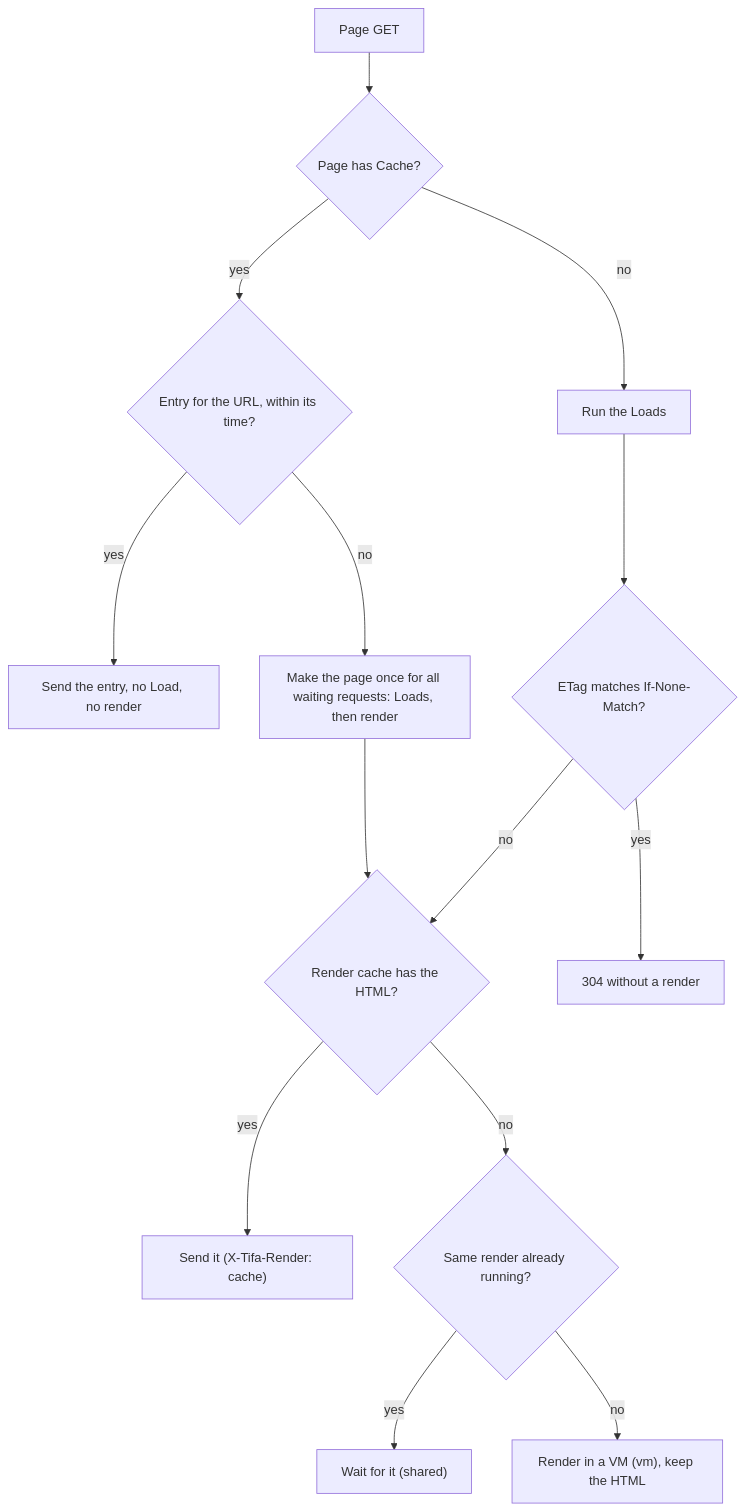
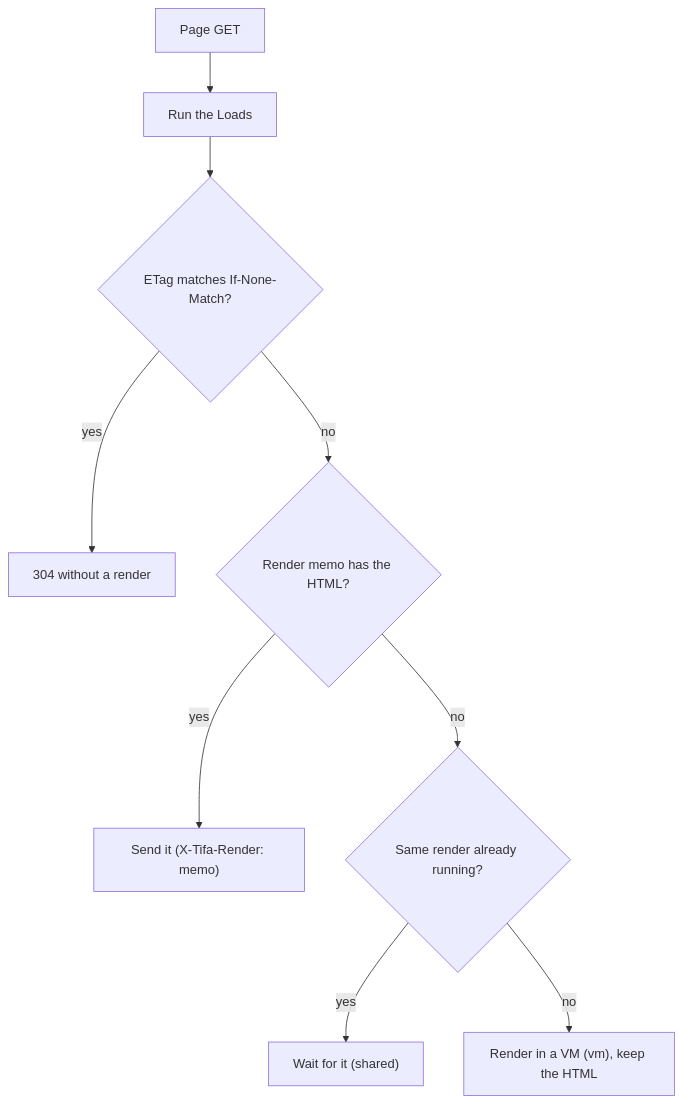
One commit to liustack/tifa changed the eighth of 8 diagrams in docs/architecture.md. Above: the diagram before and after it, drawn with Mermaid. The commit also changed other lines of this file and 41 other files, not shown here.

First line of the commit message:
docs: describe the render memo and Cache for CDNs

````diff
--- a/docs/architecture.md
+++ b/docs/architecture.md
@@ -198,16 +196,11 @@
 ```mermaid
 flowchart TD
-  Q["Page GET"] --> A{"Page has Cache?"}
-  A -- "yes" --> W{"Entry for the URL, within its time?"}
-  W -- "yes" --> WH["Send the entry, no Load, no render"]
-  W -- "no" --> WM["Make the page once for all waiting requests: Loads, then render"]
-  WM --> RC
-  A -- "no" --> LD["Run the Loads"]
+  Q["Page GET"] --> LD["Run the Loads"]
   LD --> ET{"ETag matches If-None-Match?"}
   ET -- "yes" --> N304["304 without a render"]
-  ET -- "no" --> RC{"Render cache has the HTML?"}
-  RC -- "yes" --> RH["Send it (X-Tifa-Render: cache)"]
+  ET -- "no" --> RC{"Render memo has the HTML?"}
+  RC -- "yes" --> RH["Send it (X-Tifa-Render: memo)"]
   RC -- "no" --> FL{"Same render already running?"}
   FL -- "yes" --> SH["Wait for it (shared)"]
   FL -- "no" --> VMR["Render in a VM (vm), keep the HTML"]
 ```
````
